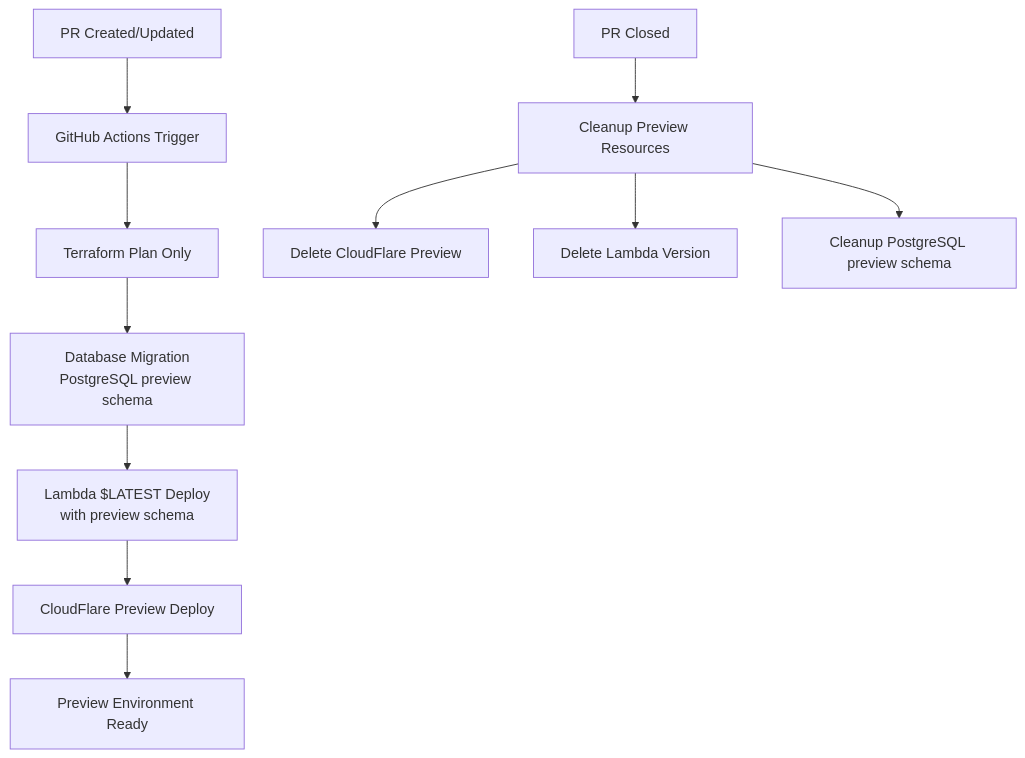
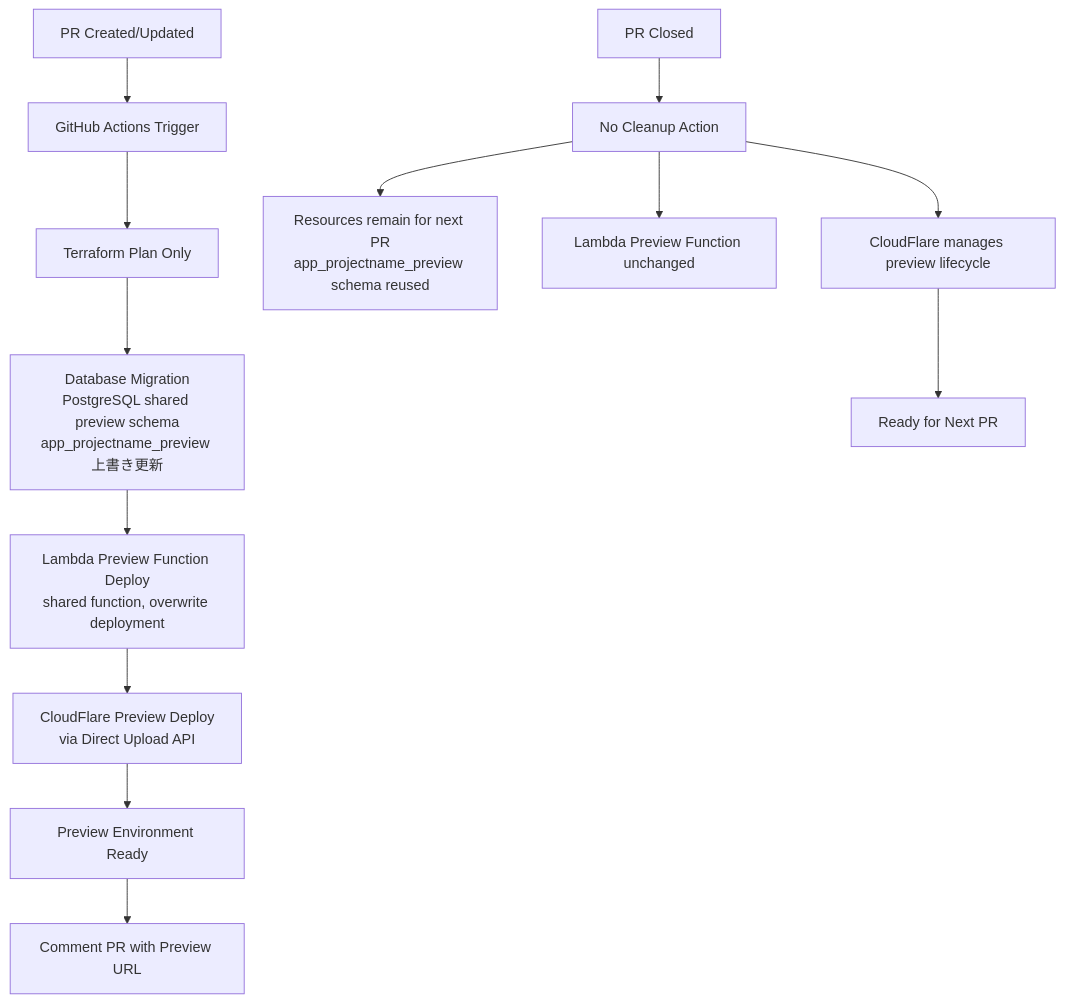
One commit to rimanem18/hoxt-backlog changed the second of 10 diagrams in docs/design/continuous-deployment/dataflow.md. Above: the diagram before and after it, drawn with Mermaid. The commit also changed other lines of this file and 11 other files, not shown here.

````diff
--- a/docs/design/continuous-deployment/dataflow.md
+++ b/docs/design/continuous-deployment/dataflow.md
@@ -34,14 +34,16 @@
 ```mermaid
 flowchart TD
     A[PR Created/Updated] --> B[GitHub Actions Trigger]
     B --> C[Terraform Plan Only]
-    C --> D[Database Migration<br/>PostgreSQL preview schema]
-    D --> E[Lambda $LATEST Deploy<br/>with preview schema]
-    E --> F[CloudFlare Preview Deploy]
+    C --> D[Database Migration<br/>PostgreSQL shared preview schema<br/>app_projectname_preview 上書き更新]
+    D --> E[Lambda Preview Function Deploy<br/>shared function, overwrite deployment]
+    E --> F[CloudFlare Preview Deploy<br/>via Direct Upload API]
     F --> G[Preview Environment Ready]
-    
-    H[PR Closed] --> I[Cleanup Preview Resources]
-    I --> J[Delete CloudFlare Preview]
-    I --> K[Delete Lambda Version]
-    I --> L[Cleanup PostgreSQL preview schema]
+    G --> H[Comment PR with Preview URL]
+
+    I[PR Closed] --> J[No Cleanup Action]
+    J --> K[Resources remain for next PR<br/>app_projectname_preview schema reused]
+    J --> L[Lambda Preview Function unchanged]
+    J --> M[CloudFlare manages preview lifecycle]
+    M --> N[Ready for Next PR]
 ```
````
